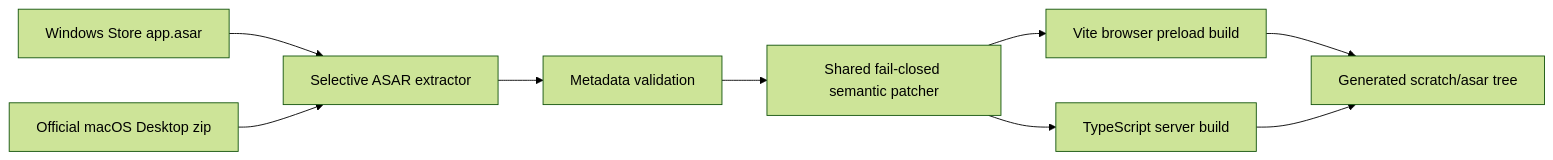
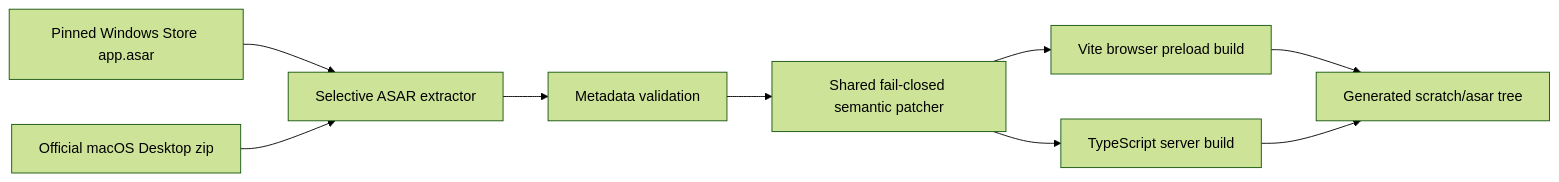
The diagram in ARCHITECTURE.md (G-TTYg/codex-web), drawn with Mermaid (forest theme) before and after one commit. The commit also changed other lines of this file and 13 other files, not shown here.

````diff
--- a/ARCHITECTURE.md
+++ b/ARCHITECTURE.md
@@ -9,11 +9,11 @@
 ```mermaid
 flowchart LR
-  W["Windows Store app.asar"] --> E["Selective ASAR extractor"]
+  W["Pinned Windows Store app.asar"] --> E["Selective ASAR extractor"]
   U["Official macOS Desktop zip"] --> E
   E --> M["Metadata validation"]
   M --> P["Shared fail-closed semantic patcher"]
   P --> V["Vite browser preload build"]
   P --> S["TypeScript server build"]
   V --> O["Generated scratch/asar tree"]
   S --> O
 ```
````
